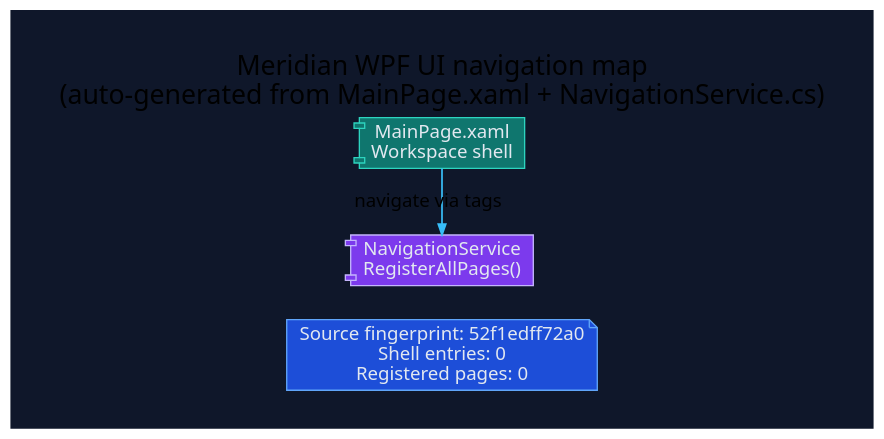
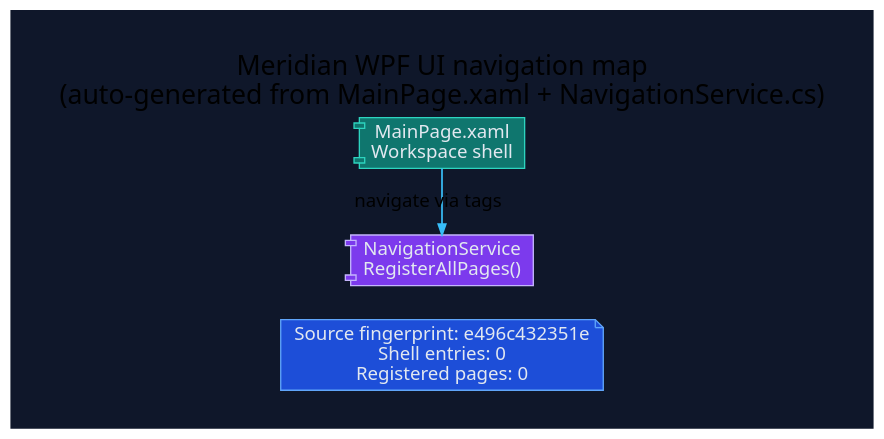
The diagram in docs/diagrams/ui-navigation-map.dot (rodoHasArrived/Meridian-main), drawn with Graphviz before and after one commit. The commit also changed 12 other files, not shown here.

First line of the commit message:
Refactor QuantScript selection; update diagrams and tests

```diff
--- a/docs/diagrams/ui-navigation-map.dot
+++ b/docs/diagrams/ui-navigation-map.dot
@@ -1,27 +1,27 @@
 // -----------------------------------------------------------------------------
 // <auto-generated>
 // Generated by scripts/generate-diagrams.mjs.
 // Do not edit this file directly; update the WPF source files instead.
 // -----------------------------------------------------------------------------
 digraph UiNavigationMap {
   graph [
     rankdir=LR,
     labelloc=t,
     label="Meridian WPF UI navigation map\n(auto-generated from MainPage.xaml + NavigationService.cs)",
     fontname="Segoe UI",
     fontsize=20,
     pad=0.4,
     nodesep=0.35,
     ranksep=1.0,
     bgcolor="#0f172a"
   ];
   node [fontname="Segoe UI", shape=box, style="rounded,filled", color="#475569", fontcolor="#e2e8f0", fillcolor="#1e293b"];
   edge [fontname="Segoe UI", color="#94a3b8", penwidth=1.3, arrowsize=0.8];
 
-  generated [shape=note, fillcolor="#1d4ed8", color="#60a5fa", label="Source fingerprint: 52f1edff72a0\nShell entries: 0\nRegistered pages: 0"];
+  generated [shape=note, fillcolor="#1d4ed8", color="#60a5fa", label="Source fingerprint: e496c432351e\nShell entries: 0\nRegistered pages: 0"];
   shell [shape=component, fillcolor="#0f766e", color="#2dd4bf", label="MainPage.xaml\nWorkspace shell"];
   navigation [shape=component, fillcolor="#7c3aed", color="#c4b5fd", label="NavigationService\nRegisterAllPages()"];
   shell -> navigation [label="navigate via tags", color="#38bdf8"];
 
   { rank=min; generated; shell; navigation; }
 }
```
